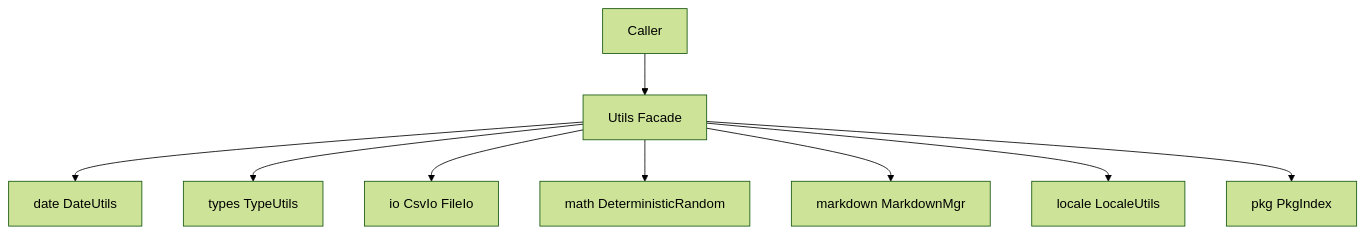
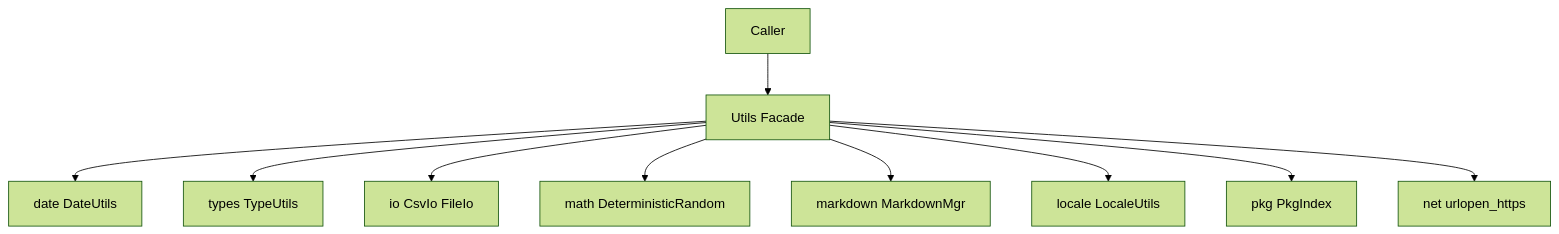
The diagram in core/infra/utils/docs/ARCHITECTURE.md (garnet1985/new-tea-quant), drawn with Mermaid (forest theme) before and after one commit. The commit also changed other lines of this file and 26 other files, not shown here.

````diff
--- a/core/infra/utils/docs/ARCHITECTURE.md
+++ b/core/infra/utils/docs/ARCHITECTURE.md
@@ -54,11 +55,12 @@
 ```mermaid
 flowchart TB
   Caller --> U[Utils Facade]
   U --> D[date DateUtils]
   U --> T[types TypeUtils]
   U --> IO[io CsvIo FileIo]
   U --> M[math DeterministicRandom]
   U --> MD[markdown MarkdownMgr]
   U --> L[locale LocaleUtils]
   U --> P[pkg PkgIndex]
+  U --> N[net urlopen_https]
 ```
````
